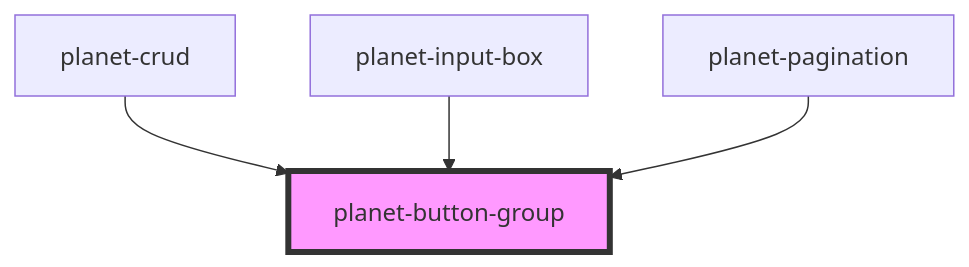
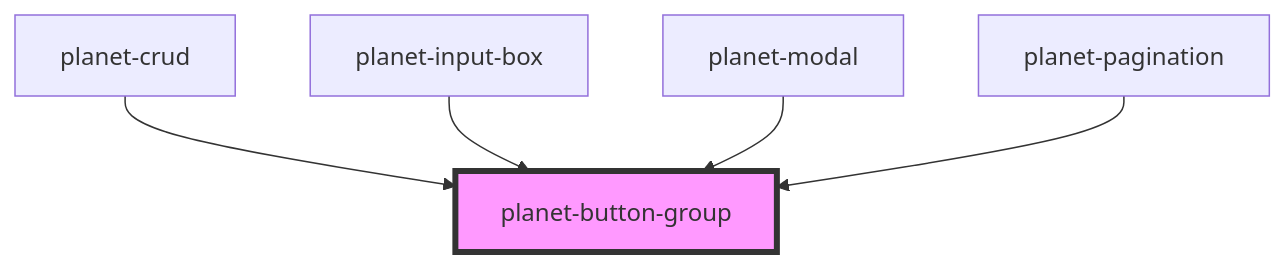
The diagram in src/components/planet-button-group/readme.md (siteplanet/planet-css), drawn with Mermaid before and after one commit. The commit also changed other lines of this file and 19 other files, not shown here.

````diff
--- a/src/components/planet-button-group/readme.md
+++ b/src/components/planet-button-group/readme.md
@@ -17,7 +18,8 @@
 ```mermaid
 graph TD;
   planet-crud --> planet-button-group
   planet-input-box --> planet-button-group
+  planet-modal --> planet-button-group
   planet-pagination --> planet-button-group
   style planet-button-group fill:#f9f,stroke:#333,stroke-width:4px
 ```
````
